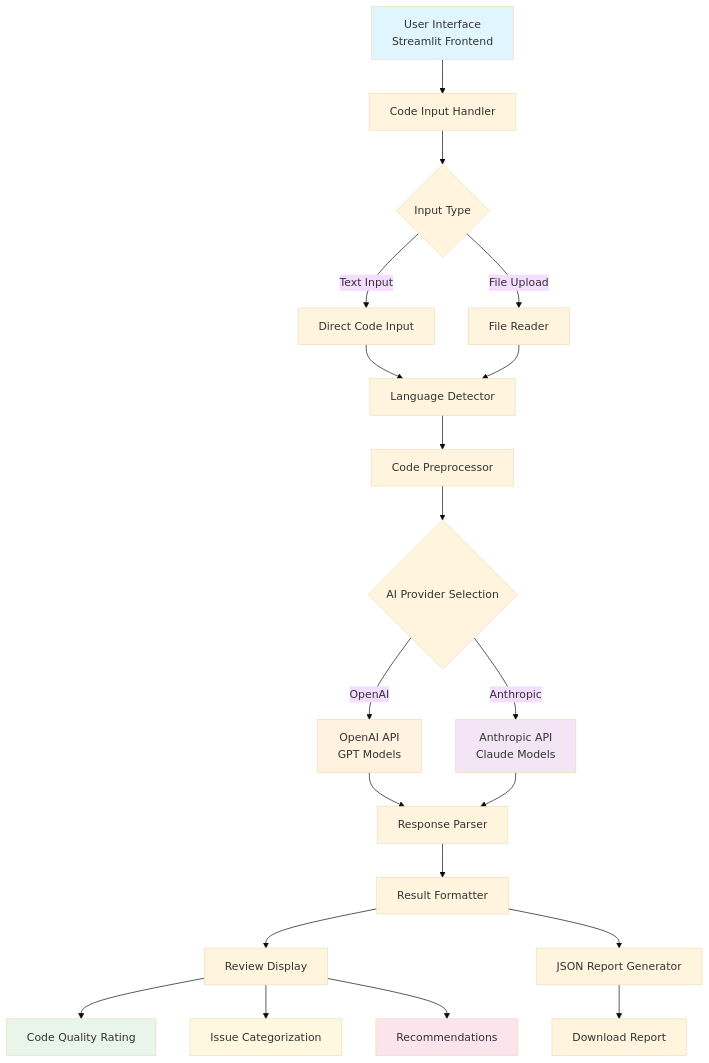
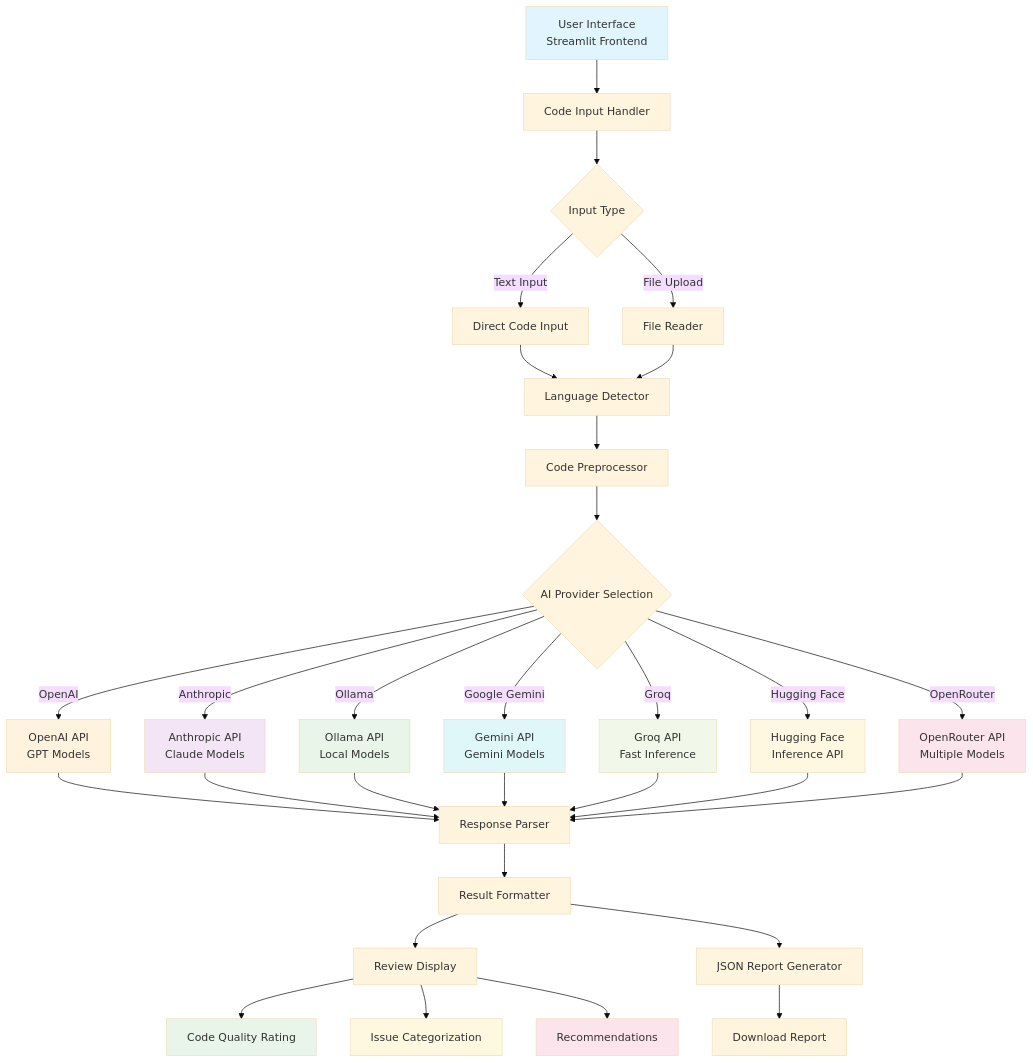
One commit to NoLongerHumanHQ/AI-Code-Review-Assistant changed the diagram in README.md. Above: the diagram before and after it, drawn with Mermaid (base theme). The commit also changed other lines of this file and 12 other files, not shown here.

````diff
--- a/README.md
+++ b/README.md
@@ -7,36 +7,51 @@
 ```mermaid
 graph TB
     A[User Interface<br/>Streamlit Frontend] --> B[Code Input Handler]
     B --> C{Input Type}
     C -->|Text Input| D[Direct Code Input]
     C -->|File Upload| E[File Reader]
     
     D --> F[Language Detector]
     E --> F
     
     F --> G[Code Preprocessor]
     G --> H{AI Provider Selection}
     
     H -->|OpenAI| I[OpenAI API<br/>GPT Models]
     H -->|Anthropic| J[Anthropic API<br/>Claude Models]
+    H -->|Ollama| K[Ollama API<br/>Local Models]
+    H -->|Google Gemini| L[Gemini API<br/>Gemini Models]
+    H -->|Groq| M[Groq API<br/>Fast Inference]
+    H -->|Hugging Face| N[Hugging Face<br/>Inference API]
+    H -->|OpenRouter| O[OpenRouter API<br/>Multiple Models]
     
-    I --> K[Response Parser]
-    J --> K
+    I --> P[Response Parser]
+    J --> P
+    K --> P
+    L --> P
+    M --> P
+    N --> P
+    O --> P
     
-    K --> L[Result Formatter]
-    L --> M[Review Display]
-    L --> N[JSON Report Generator]
+    P --> Q[Result Formatter]
+    Q --> R[Review Display]
+    Q --> S[JSON Report Generator]
     
-    M --> O[Code Quality Rating]
-    M --> P[Issue Categorization]
-    M --> Q[Recommendations]
+    R --> T[Code Quality Rating]
+    R --> U[Issue Categorization]
+    R --> V[Recommendations]
     
-    N --> R[Download Report]
+    S --> W[Download Report]
     
     style A fill:#e1f5fe
     style I fill:#fff3e0
     style J fill:#f3e5f5
-    style O fill:#e8f5e8
-    style P fill:#fff8e1
-    style Q fill:#fce4ec
+    style K fill:#e8f5e8
+    style L fill:#e0f7fa
+    style M fill:#f1f8e9
+    style N fill:#fff8e1
+    style O fill:#fce4ec
+    style T fill:#e8f5e8
+    style U fill:#fff8e1
+    style V fill:#fce4ec
 ```
````
